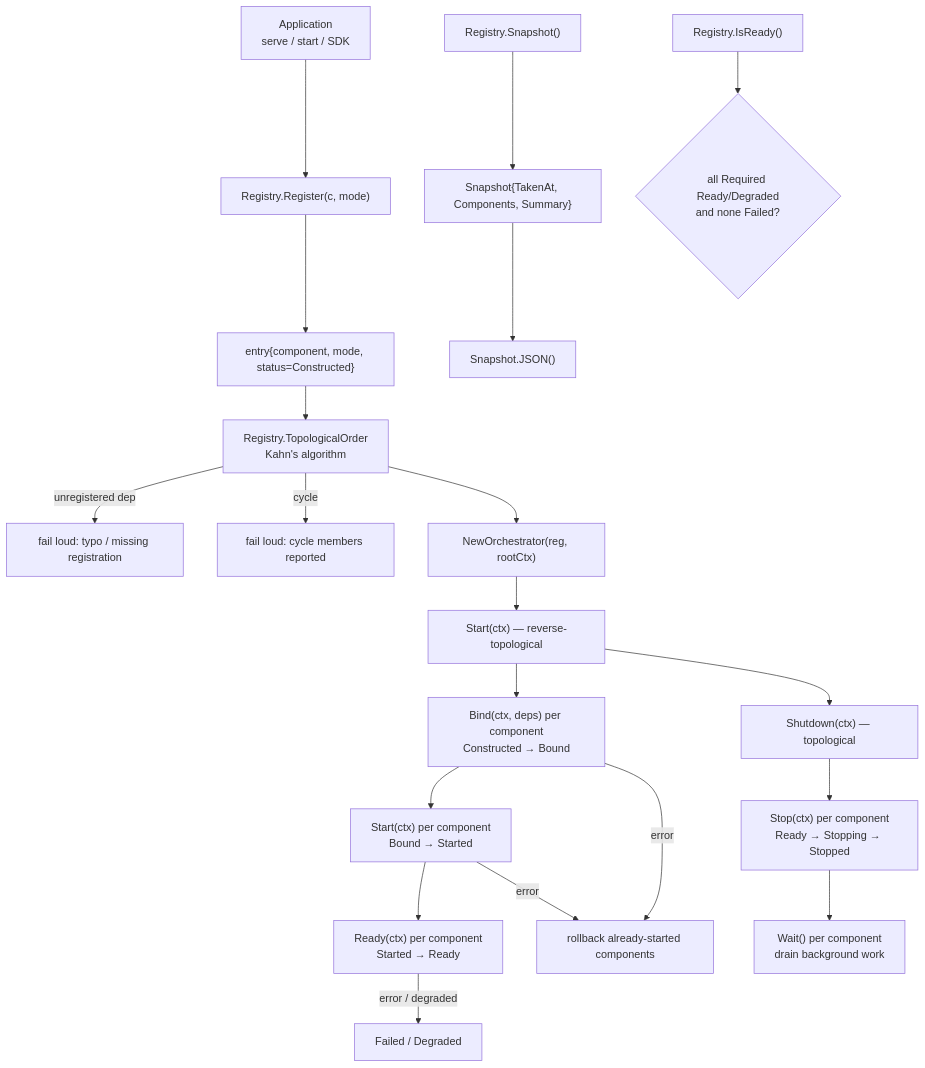
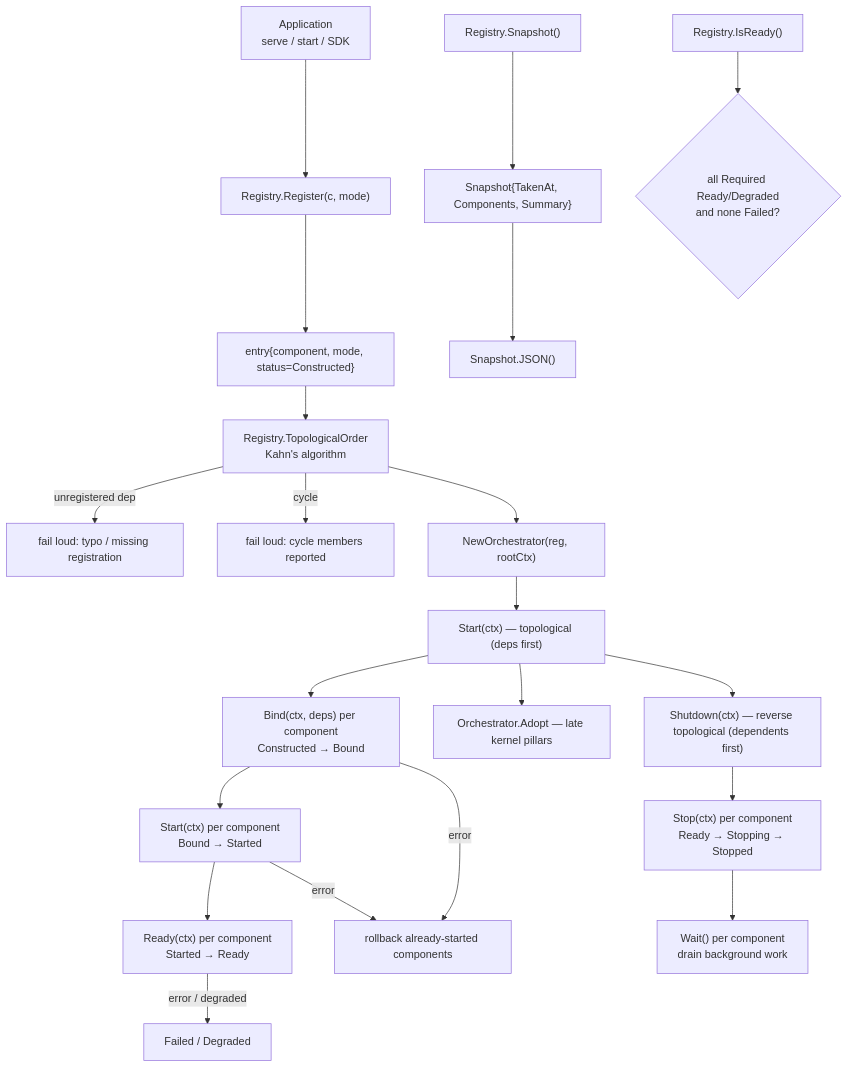
Before and after one commit to Timwood0x10/ARES_Docs: the first of 2 diagrams in content/modules/system_runtime.en.md, drawn with Mermaid. The commit also changed other lines of this file and 75 other files, not shown here.

Commit message:
docs(architecture): Update runtime layering and ARES Kernel documentation

````diff
--- a/content/modules/system_runtime.en.md
+++ b/content/modules/system_runtime.en.md
@@ -50,22 +58,23 @@
 ```mermaid
 flowchart TD
     APP["Application<br/>serve / start / SDK"] --> RG["Registry.Register(c, mode)"]
     RG --> EN["entry{component, mode, status=Constructed}"]
     EN --> ORD["Registry.TopologicalOrder<br/>Kahn's algorithm"]
     ORD -- unregistered dep --> L1["fail loud: typo / missing registration"]
     ORD -- cycle --> L2["fail loud: cycle members reported"]
     ORD --> ORC["NewOrchestrator(reg, rootCtx)"]
-    ORC --> UP["Start(ctx) — reverse-topological"]
+    ORC --> UP["Start(ctx) — topological (deps first)"]
     UP --> BND["Bind(ctx, deps) per component<br/>Constructed → Bound"]
     BND --> STR["Start(ctx) per component<br/>Bound → Started"]
     STR --> RDY["Ready(ctx) per component<br/>Started → Ready"]
     RDY -- error / degraded --> FL["Failed / Degraded"]
     BND -- error --> RB["rollback already-started components"]
     STR -- error --> RB
-    UP --> SHD["Shutdown(ctx) — topological"]
+    UP --> LATE["Orchestrator.Adopt — late kernel pillars"]
+    UP --> SHD["Shutdown(ctx) — reverse topological (dependents first)"]
     SHD --> STP["Stop(ctx) per component<br/>Ready → Stopping → Stopped"]
     STP --> WTR["Wait() per component<br/>drain background work"]
     SNAP["Registry.Snapshot()"] --> S["Snapshot{TakenAt, Components, Summary}"]
     S --> J["Snapshot.JSON()"]
     ISR["Registry.IsReady()"] --> CHK{"all Required Ready/Degraded<br/>and none Failed?"}
 ```
````
